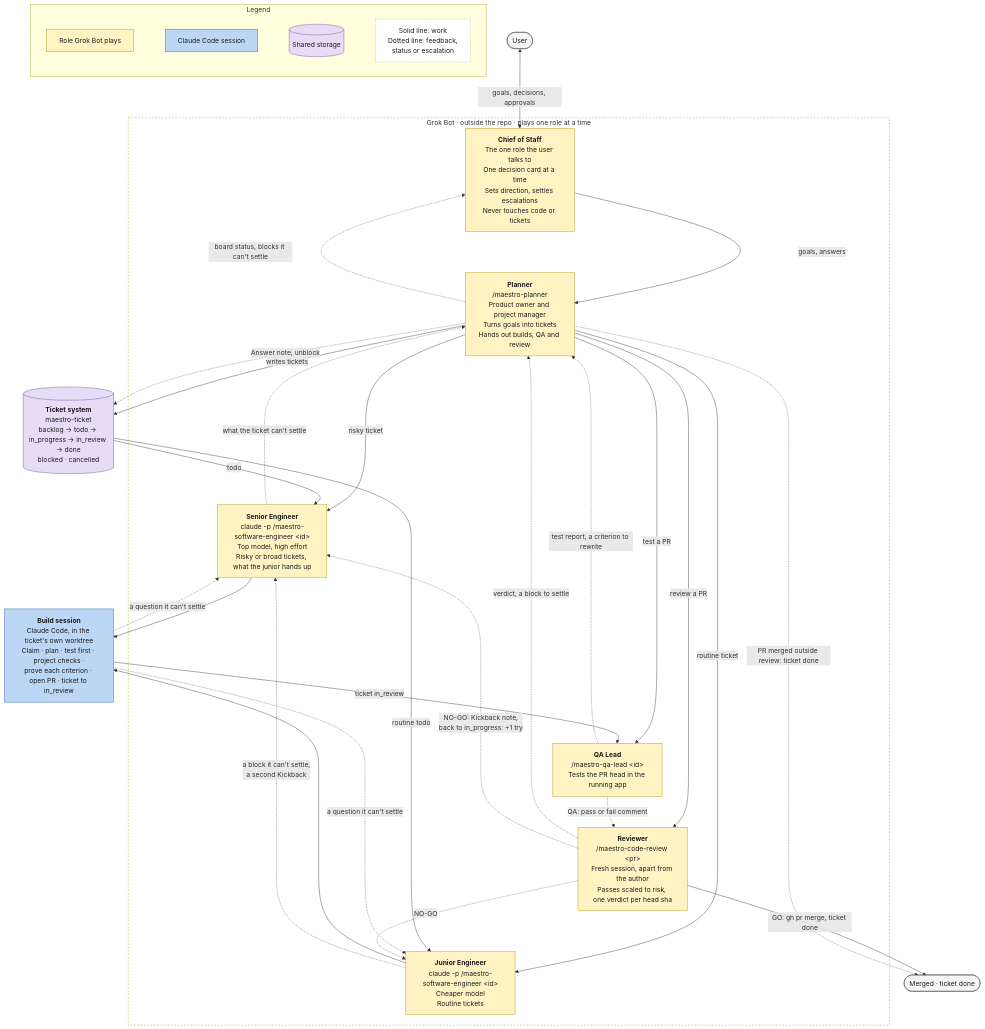
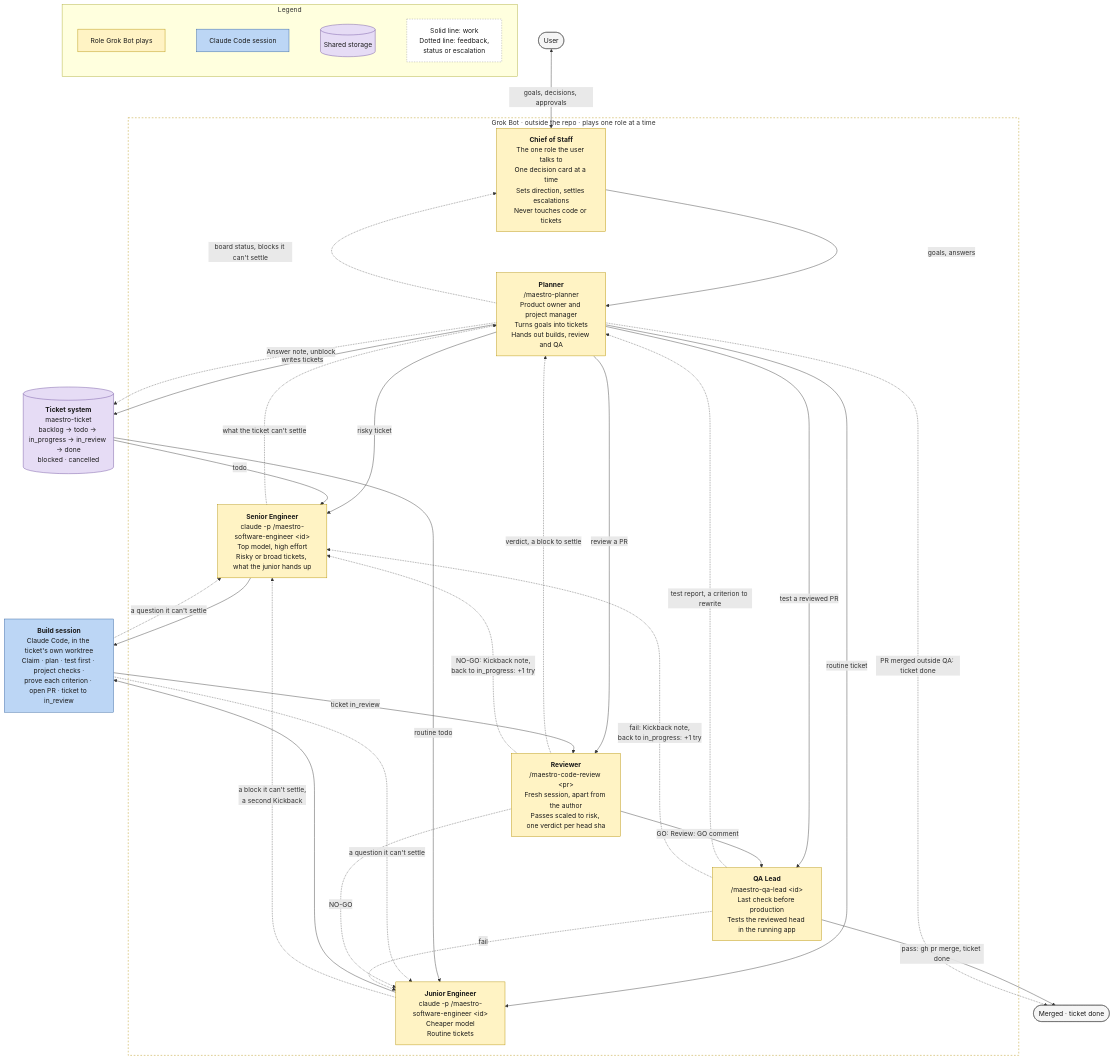
Before and after one commit to ProlesDei/maestro: the diagram in docs/team.mermaid, drawn with Mermaid. The commit also changed 31 other files, not shown here.

First line of the commit message:
skills, personas, docs, ticket: review before QA; QA merges

```diff
--- a/docs/team.mermaid
+++ b/docs/team.mermaid
@@ -1,74 +1,76 @@
 flowchart TD
     User([User])
 
     subgraph Grok ["Grok Bot · outside the repo · plays one role at a time"]
         CoS["<b>Chief of Staff</b><br/>The one role the user talks to<br/>One decision card at a time<br/>Sets direction, settles escalations<br/>Never touches code or tickets"]
-        Planner["<b>Planner</b><br/>/maestro-planner<br/>Product owner and project manager<br/>Turns goals into tickets<br/>Hands out builds, QA and review"]
+        Planner["<b>Planner</b><br/>/maestro-planner<br/>Product owner and project manager<br/>Turns goals into tickets<br/>Hands out builds, review and QA"]
         Sr["<b>Senior Engineer</b><br/>claude -p /maestro-software-engineer &lt;id&gt;<br/>Top model, high effort<br/>Risky or broad tickets, what the junior hands up"]
         Jr["<b>Junior Engineer</b><br/>claude -p /maestro-software-engineer &lt;id&gt;<br/>Cheaper model<br/>Routine tickets"]
-        QA["<b>QA Lead</b><br/>/maestro-qa-lead &lt;id&gt;<br/>Tests the PR head in the running app"]
         Rev["<b>Reviewer</b><br/>/maestro-code-review &lt;pr&gt;<br/>Fresh session, apart from the author<br/>Passes scaled to risk, one verdict per head sha"]
+        QA["<b>QA Lead</b><br/>/maestro-qa-lead &lt;id&gt;<br/>Last check before production<br/>Tests the reviewed head in the running app"]
     end
 
     Tickets[("<b>Ticket system</b><br/>maestro-ticket<br/>backlog → todo → in_progress → in_review → done<br/>blocked · cancelled")]
 
     Build["<b>Build session</b><br/>Claude Code, in the ticket's own worktree<br/>Claim · plan · test first · project checks ·<br/>prove each criterion · open PR · ticket to in_review"]
 
     Done([Merged · ticket done])
 
     %% User and Chief of Staff
     User <-->|"goals, decisions, approvals"| CoS
 
     %% The Chief of Staff leads through the Planner
     CoS -->|"goals, answers"| Planner
     Planner -.->|"board status, blocks it can't settle"| CoS
 
     %% The Planner hands out each job
     Planner -->|"risky ticket"| Sr
     Planner -->|"routine ticket"| Jr
-    Planner -->|"test a PR"| QA
     Planner -->|"review a PR"| Rev
+    Planner -->|"test a reviewed PR"| QA
 
     %% Planning
     Planner -->|"writes tickets"| Tickets
     Tickets -->|"todo"| Sr
     Tickets -->|"routine todo"| Jr
 
     %% Build
     Sr --> Build
     Jr --> Build
     Build -.->|"a question it can't settle"| Sr
     Build -.->|"a question it can't settle"| Jr
     Jr -.->|"a block it can't settle,<br/>a second Kickback"| Sr
     Sr -.->|"what the ticket can't settle"| Planner
     QA -.->|"test report, a criterion to rewrite"| Planner
     Rev -.->|"verdict, a block to settle"| Planner
     Planner -.->|"Answer note, unblock"| Tickets
 
-    %% Test and review
-    Build -->|"ticket in_review"| QA
-    QA -.->|"QA: pass or fail comment"| Rev
-    Rev -->|"GO: gh pr merge, ticket done"| Done
-    Planner -.->|"PR merged outside review: ticket done"| Done
+    %% Review, then test
+    Build -->|"ticket in_review"| Rev
+    Rev -->|"GO: Review: GO comment"| QA
+    QA -->|"pass: gh pr merge, ticket done"| Done
+    Planner -.->|"PR merged outside QA: ticket done"| Done
     Rev -.->|"NO-GO: Kickback note,<br/>back to in_progress: +1 try"| Sr
     Rev -.->|"NO-GO"| Jr
+    QA -.->|"fail: Kickback note,<br/>back to in_progress: +1 try"| Sr
+    QA -.->|"fail"| Jr
 
     %% Legend
     subgraph Legend ["Legend"]
         direction LR
         L6["Role Grok Bot plays"] ~~~ L1["Claude Code session"] ~~~ L4[("Shared storage")] ~~~ L5["Solid line: work<br/>Dotted line: feedback,<br/>status or escalation"]
     end
 
     %% Styles
     classDef session fill:#bcd6f5,stroke:#2f5f9e,color:#1a1a1a
     classDef storage fill:#e6dcf5,stroke:#6a4c9c,color:#1a1a1a
     classDef person fill:#f5f5f5,stroke:#555,color:#1a1a1a
     classDef bot fill:#fff3c4,stroke:#b38f00,color:#1a1a1a
     classDef note fill:#ffffff,stroke:#999,color:#1a1a1a,stroke-dasharray:3 3
 
     class Build,L1 session
     class Tickets,L4 storage
     class User,Done person
     class CoS,Planner,Sr,Jr,QA,Rev,L6 bot
     class L5 note
     style Grok fill:none,stroke:#b38f00,stroke-dasharray:4 4
```
